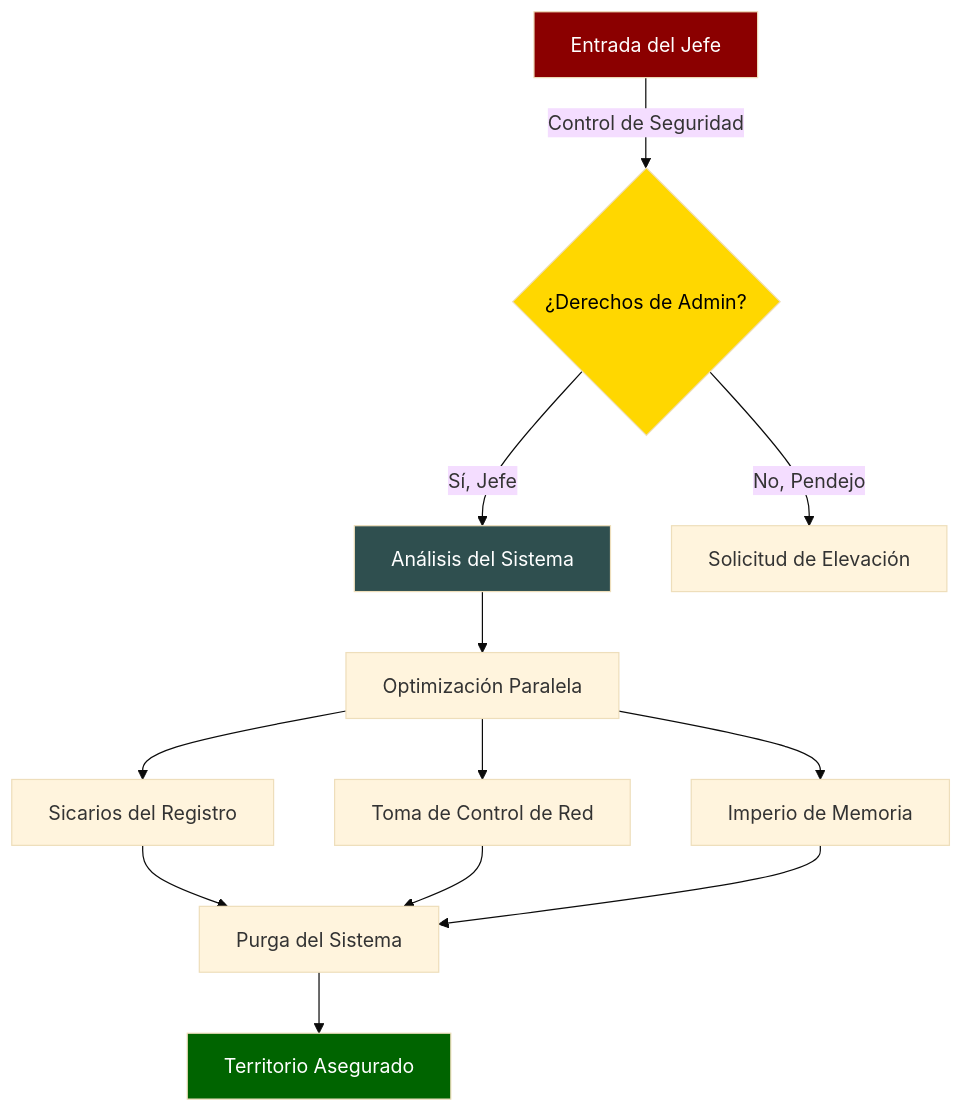
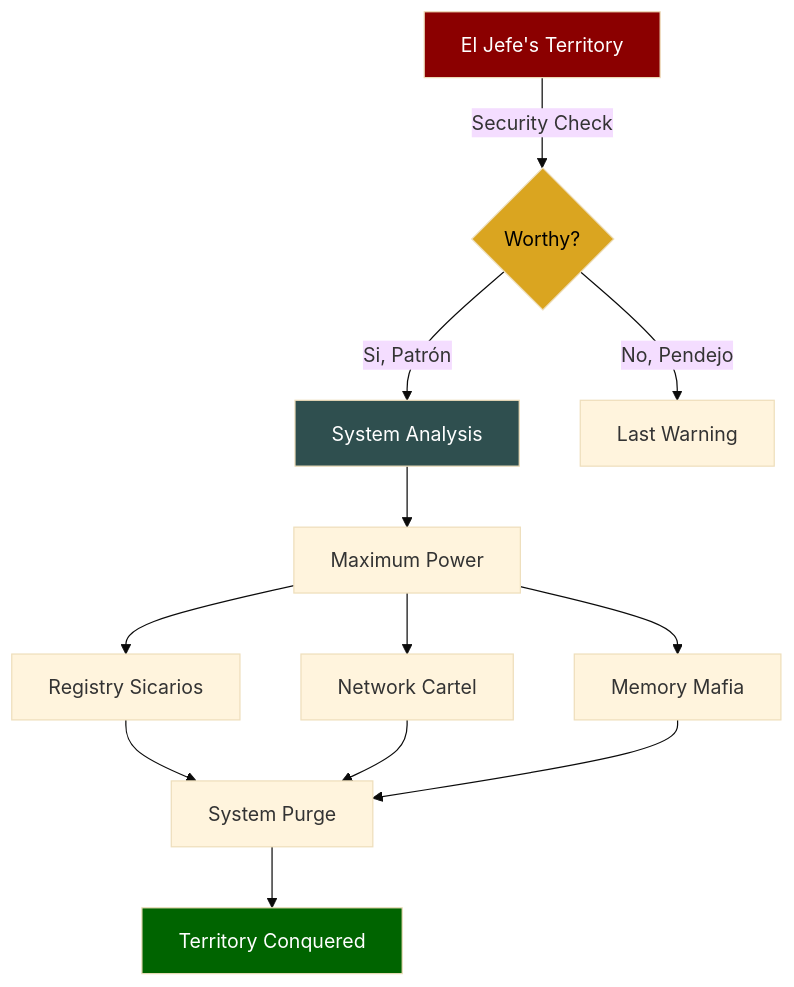
One commit to donpablonows/winfast changed the diagram in README.md. Above: the diagram before and after it, drawn with Mermaid (base theme). The commit also changed other lines of this file, not shown here.

````diff
--- a/README.md
+++ b/README.md
@@ -233,18 +249,18 @@
 ```mermaid
 graph TD
-    A[Entrada del Jefe] -->|Control de Seguridad| B{¿Derechos de Admin?}
-    B -->|Sí, Jefe| C[Análisis del Sistema]
-    B -->|No, Pendejo| D[Solicitud de Elevación]
-    C --> E[Optimización Paralela]
-    E --> F[Sicarios del Registro]
-    E --> G[Toma de Control de Red]
-    E --> H[Imperio de Memoria]
-    F --> I[Purga del Sistema]
+    A[El Jefe's Territory] -->|Security Check| B{Worthy?}
+    B -->|Si, Patrón| C[System Analysis]
+    B -->|No, Pendejo| D[Last Warning]
+    C --> E[Maximum Power]
+    E --> F[Registry Sicarios]
+    E --> G[Network Cartel]
+    E --> H[Memory Mafia]
+    F --> I[System Purge]
     G --> I
     H --> I
-    I --> J[Territorio Asegurado]
+    I --> J[Territory Conquered]
     style A fill:#8B0000,color:#fff
-    style B fill:#FFD700,color:#000
+    style B fill:#DAA520,color:#000
     style C fill:#2F4F4F,color:#fff
     style J fill:#006400,color:#fff
 ```
````
